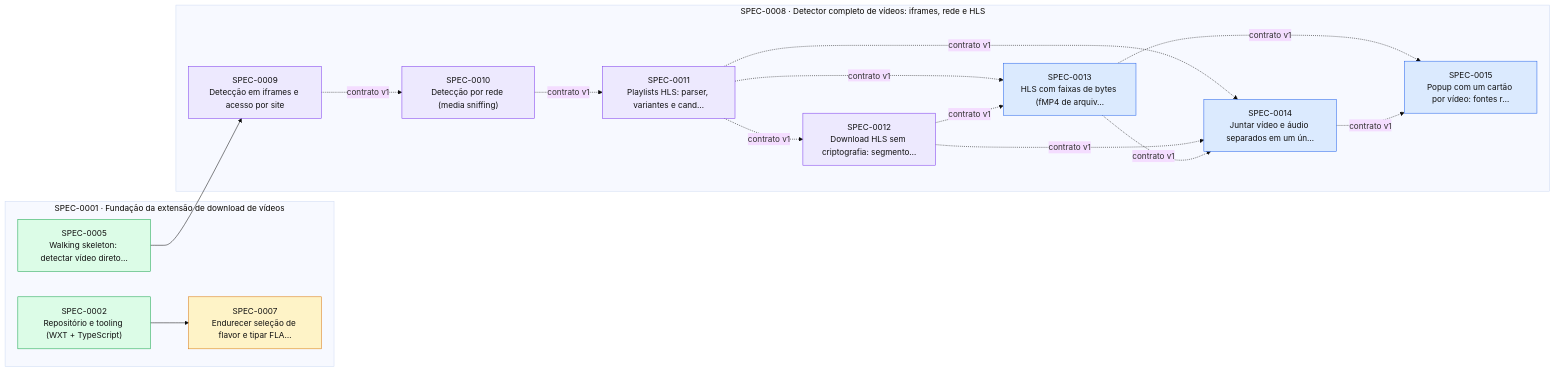
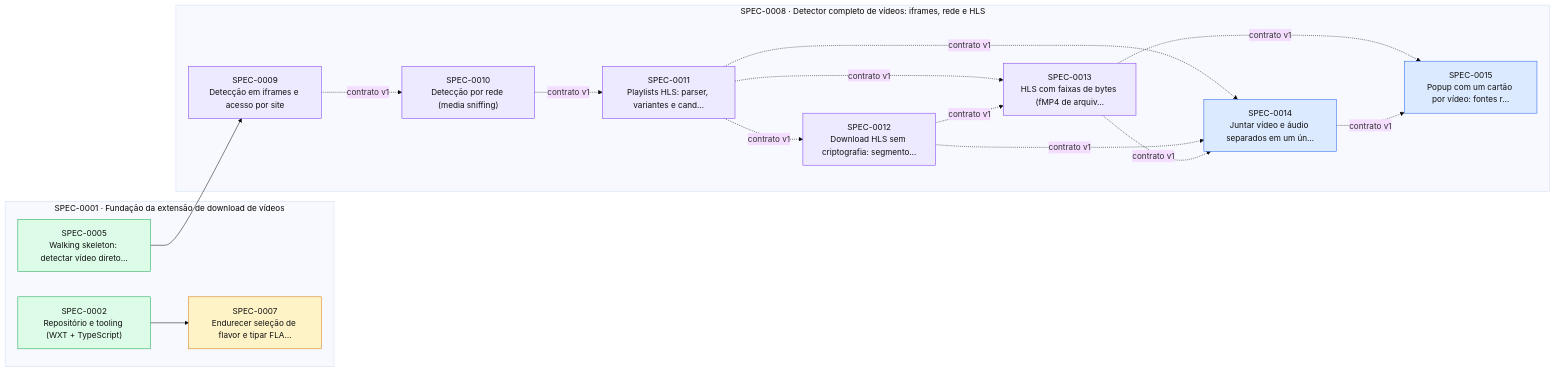
Before and after one commit to thomasravache/video-downloader: the diagram in docs/specs/INDEX.md, drawn with Mermaid (base theme). The commit also changed other lines of this file and 1 other file, not shown here.

First line of the commit message:
docs(sdd): record G1-G4 for SPEC-0013

````diff
--- a/docs/specs/INDEX.md
+++ b/docs/specs/INDEX.md
@@ -66,34 +66,34 @@
 ```mermaid
 flowchart LR
   subgraph E0001["SPEC-0001 · Fundação da extensão de download de vídeos"]
     S0002["SPEC-0002<br/>Repositório e tooling (WXT + TypeScript)"]:::implemented
     S0005["SPEC-0005<br/>Walking skeleton: detectar vídeo direto…"]:::implemented
     S0007["SPEC-0007<br/>Endurecer seleção de flavor e tipar FLA…"]:::proposed
   end
   subgraph E0008["SPEC-0008 · Detector completo de vídeos: iframes, rede e HLS"]
     S0009["SPEC-0009<br/>Detecção em iframes e acesso por site"]:::inprogress
     S0010["SPEC-0010<br/>Detecção por rede (media sniffing)"]:::inprogress
     S0011["SPEC-0011<br/>Playlists HLS: parser, variantes e cand…"]:::inprogress
     S0012["SPEC-0012<br/>Download HLS sem criptografia: segmento…"]:::inprogress
-    S0013["SPEC-0013<br/>HLS com faixas de bytes (fMP4 de arquiv…"]:::approved
+    S0013["SPEC-0013<br/>HLS com faixas de bytes (fMP4 de arquiv…"]:::inprogress
     S0014["SPEC-0014<br/>Juntar vídeo e áudio separados em um ún…"]:::approved
     S0015["SPEC-0015<br/>Popup com um cartão por vídeo: fontes r…"]:::approved
   end
   S0002 --> S0007
   S0005 --> S0009
   S0009 -. contrato v1 .-> S0010
   S0010 -. contrato v1 .-> S0011
   S0011 -. contrato v1 .-> S0012
   S0011 -. contrato v1 .-> S0013
   S0012 -. contrato v1 .-> S0013
   S0011 -. contrato v1 .-> S0014
   S0012 -. contrato v1 .-> S0014
   S0013 -. contrato v1 .-> S0014
   S0013 -. contrato v1 .-> S0015
   S0014 -. contrato v1 .-> S0015
   classDef proposed fill:#fef3c7,stroke:#d97706,color:#111
   classDef approved fill:#dbeafe,stroke:#2563eb,color:#111
   classDef inprogress fill:#ede9fe,stroke:#7c3aed,color:#111
   classDef implemented fill:#dcfce7,stroke:#16a34a,color:#111
   classDef deprecated fill:#f3f4f6,stroke:#9ca3af,color:#6b7280
 ```
````
